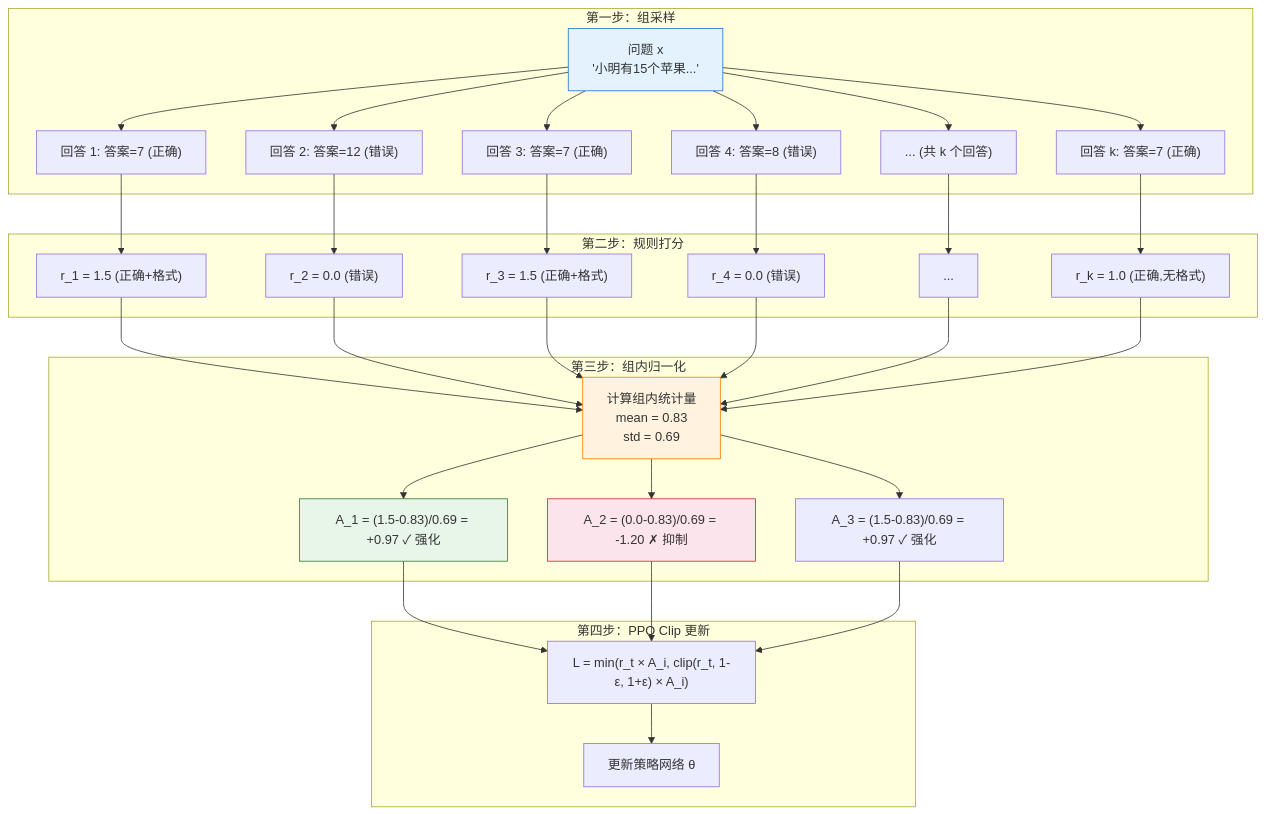
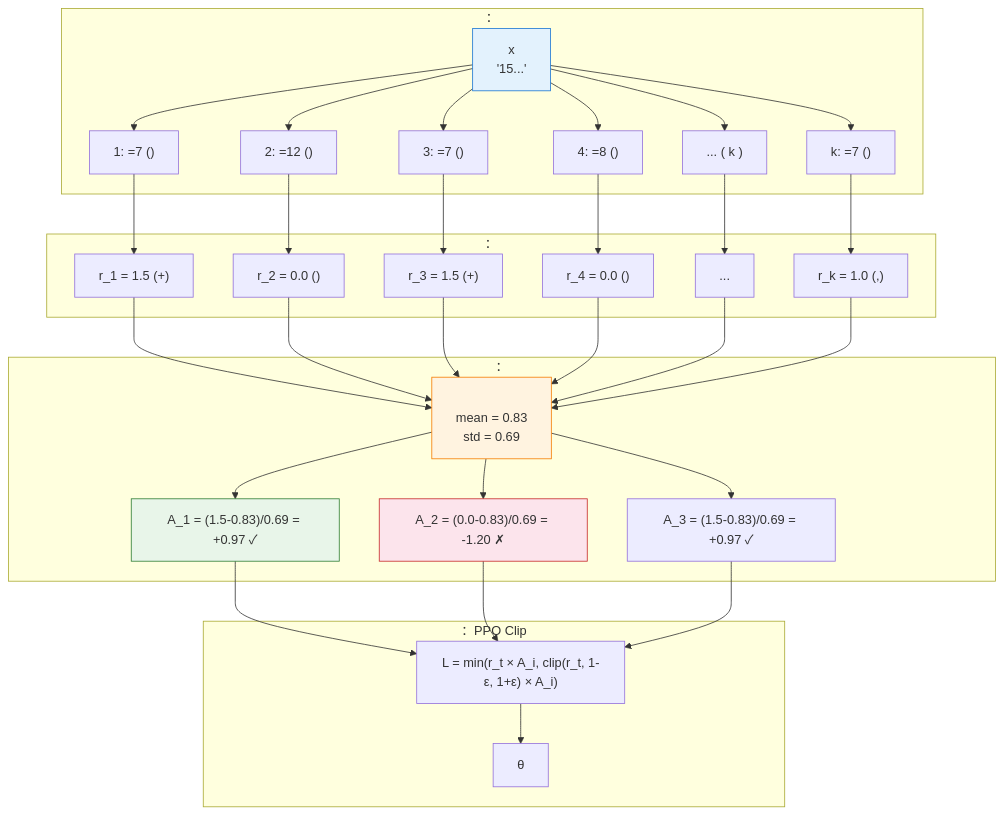
The second of 3 diagrams in docs/chapter09_grpo_rlvr/grpo-practice-and-mechanism.md (letslego/hands-on-modern-rl), drawn with Mermaid before and after one commit. The commit also changed other lines of this file and 267 other files, not shown here.

````diff
--- a/docs/chapter09_grpo_rlvr/grpo-practice-and-mechanism.md
+++ b/docs/chapter09_grpo_rlvr/grpo-practice-and-mechanism.md
@@ -426,44 +426,44 @@
 ```mermaid
 flowchart TD
-    subgraph sampling ["第一步：组采样"]
-        Q["问题 x\n'小明有15个苹果...'"] --> G1["回答 1: 答案=7 (正确)"]
-        Q --> G2["回答 2: 答案=12 (错误)"]
-        Q --> G3["回答 3: 答案=7 (正确)"]
-        Q --> G4["回答 4: 答案=8 (错误)"]
-        Q --> G5["... (共 k 个回答)"]
-        Q --> Gk["回答 k: 答案=7 (正确)"]
+    subgraph sampling ["："]
+        Q[" x\n'15...'"] --> G1[" 1: =7 ()"]
+        Q --> G2[" 2: =12 ()"]
+        Q --> G3[" 3: =7 ()"]
+        Q --> G4[" 4: =8 ()"]
+        Q --> G5["... ( k )"]
+        Q --> Gk[" k: =7 ()"]
     end
 
-    subgraph scoring ["第二步：规则打分"]
-        G1 --> R1["r_1 = 1.5 (正确+格式)"]
-        G2 --> R2["r_2 = 0.0 (错误)"]
-        G3 --> R3["r_3 = 1.5 (正确+格式)"]
-        G4 --> R4["r_4 = 0.0 (错误)"]
+    subgraph scoring ["："]
+        G1 --> R1["r_1 = 1.5 (+)"]
+        G2 --> R2["r_2 = 0.0 ()"]
+        G3 --> R3["r_3 = 1.5 (+)"]
+        G4 --> R4["r_4 = 0.0 ()"]
         G5 --> R5["..."]
-        Gk --> Rk["r_k = 1.0 (正确,无格式)"]
+        Gk --> Rk["r_k = 1.0 (,)"]
     end
 
-    subgraph normalize ["第三步：组内归一化"]
-        R1 --> Mean["计算组内统计量\nmean = 0.83\nstd = 0.69"]
+    subgraph normalize ["："]
+        R1 --> Mean["\nmean = 0.83\nstd = 0.69"]
         R2 --> Mean
         R3 --> Mean
         R4 --> Mean
         R5 --> Mean
         Rk --> Mean
-        Mean --> A1["A_1 = (1.5-0.83)/0.69 = +0.97 ✓ 强化"]
-        Mean --> A2["A_2 = (0.0-0.83)/0.69 = -1.20 ✗ 抑制"]
-        Mean --> A3["A_3 = (1.5-0.83)/0.69 = +0.97 ✓ 强化"]
+        Mean --> A1["A_1 = (1.5-0.83)/0.69 = +0.97 ✓ "]
+        Mean --> A2["A_2 = (0.0-0.83)/0.69 = -1.20 ✗ "]
+        Mean --> A3["A_3 = (1.5-0.83)/0.69 = +0.97 ✓ "]
     end
 
-    subgraph update ["第四步：PPO Clip 更新"]
+    subgraph update ["：PPO Clip "]
         A1 --> Clip["L = min(r_t × A_i, clip(r_t, 1-ε, 1+ε) × A_i)"]
         A2 --> Clip
         A3 --> Clip
-        Clip --> Update["更新策略网络 θ"]
+        Clip --> Update[" θ"]
     end
 
     style Q fill:#e3f2fd,stroke:#1976d2
     style Mean fill:#fff3e0,stroke:#f57c00
     style A1 fill:#e8f5e9,stroke:#2e7d32
     style A2 fill:#fce4ec,stroke:#c62828
 ```
````
